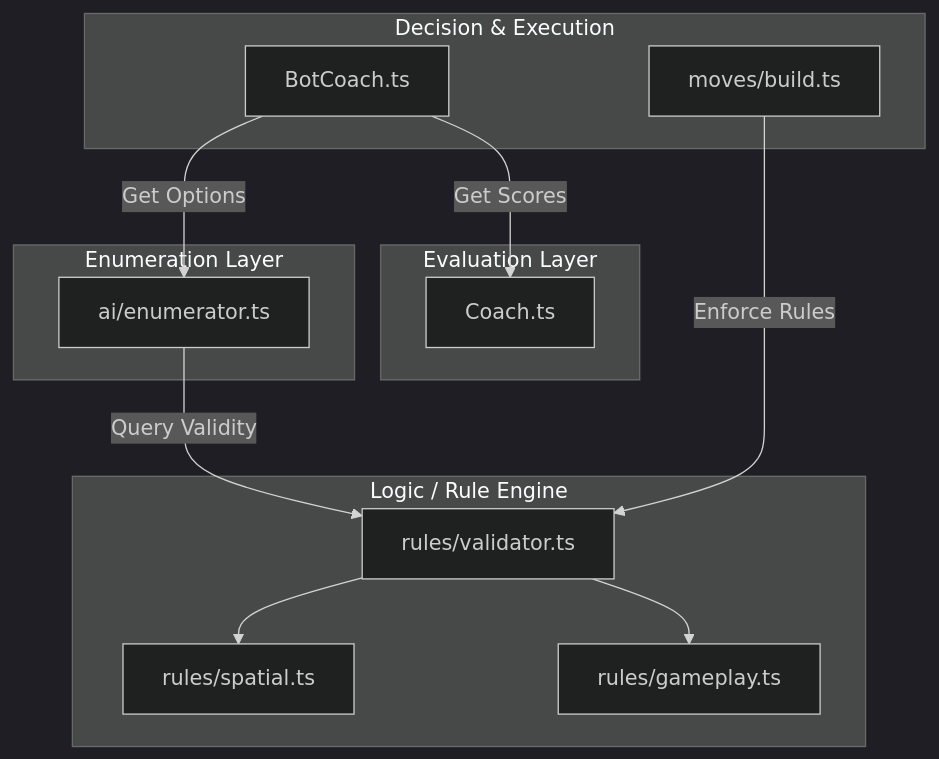
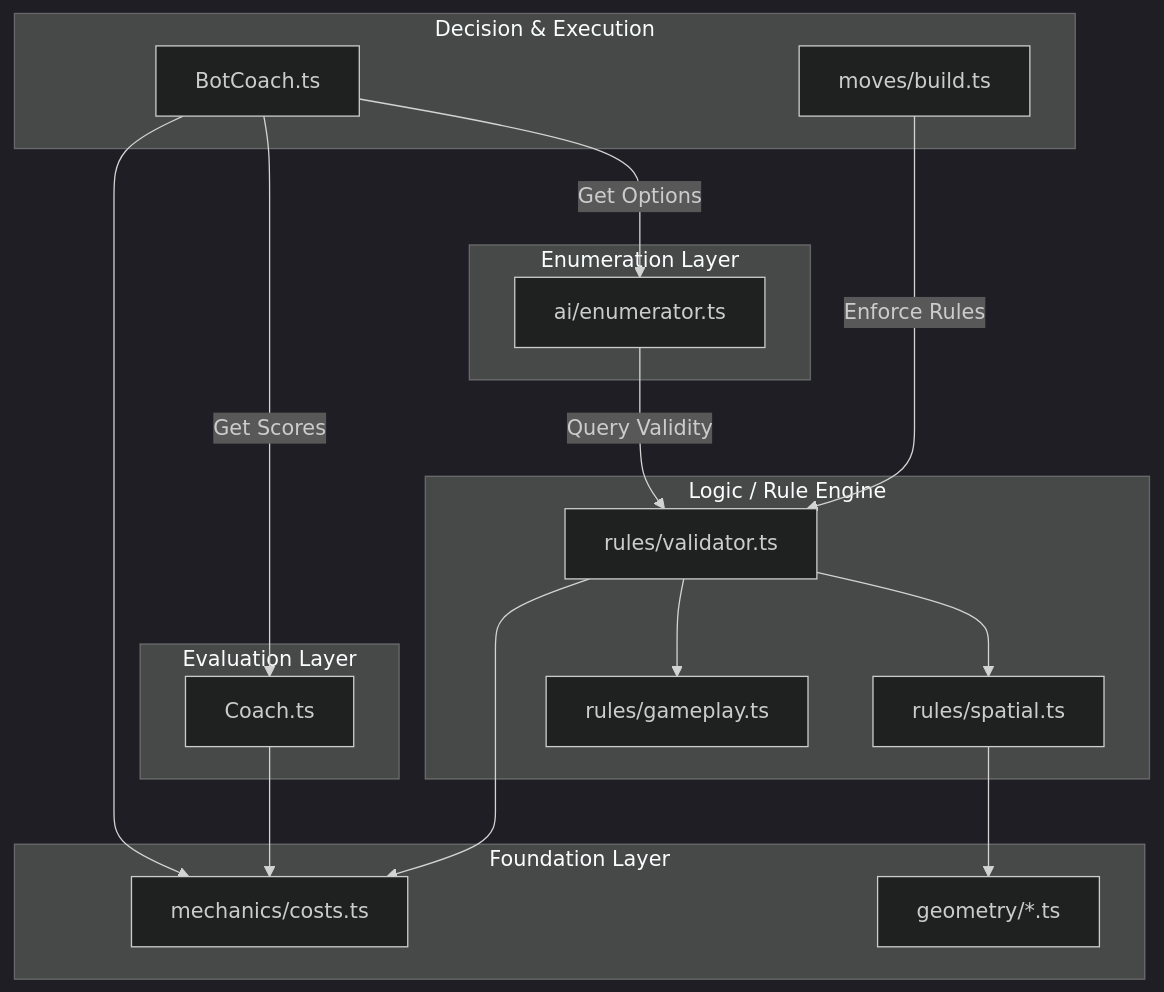
One commit to g1ddy/catan-hex-mastery changed the diagram in docs/DEVELOPMENT.md. Above: the diagram before and after it, drawn with Mermaid (dark theme). The commit also changed other lines of this file, not shown here.

First line of the commit message:
docs: update architecture to 5-layer model and add refactoring roadmap

````diff
--- a/docs/DEVELOPMENT.md
+++ b/docs/DEVELOPMENT.md
@@ -89,31 +98,42 @@
 ```mermaid
 graph TD
     subgraph Layer_4_Decision [Decision & Execution]
         BC[BotCoach.ts]
         Moves[moves/build.ts]
     end
 
     subgraph Layer_3_Evaluation [Evaluation Layer]
         C[Coach.ts]
     end
 
     subgraph Layer_2_Enumeration [Enumeration Layer]
         Enum[ai/enumerator.ts]
     end
 
     subgraph Layer_1_Rules [Logic / Rule Engine]
         V[rules/validator.ts]
         P[rules/spatial.ts]
         G[rules/gameplay.ts]
     end
 
+    subgraph Layer_0_Foundation [Foundation Layer]
+        Mech[mechanics/costs.ts]
+        Geo[geometry/*.ts]
+    end
+
     %% Flows
     BC -->|Get Options| Enum
     BC -->|Get Scores| C
     Enum -->|Query Validity| V
     Moves -->|Enforce Rules| V
 
     %% Internal Rules
     V --> P
     V --> G
+
+    %% Foundation Usage
+    V --> Mech
+    P --> Geo
+    BC --> Mech
+    C --> Mech
 ```
````
